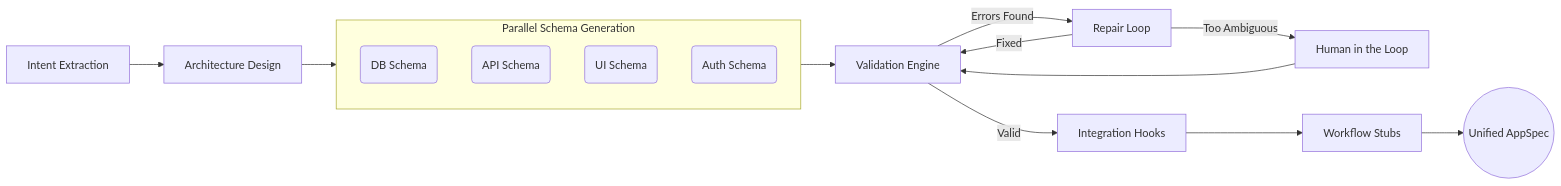
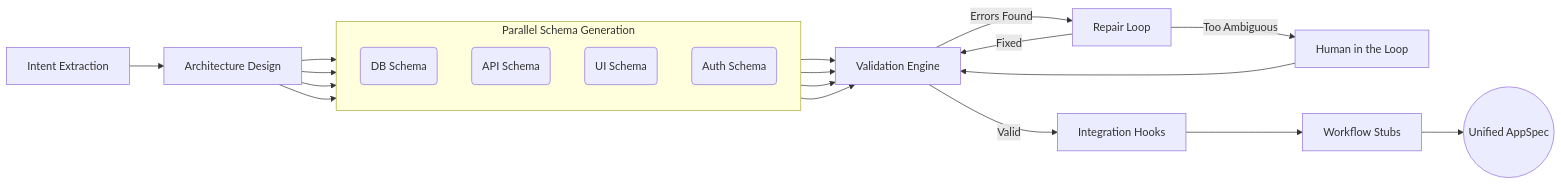
The diagram in README.md (Lokesh-916/oneatlas), drawn with Mermaid before and after one commit.

Commit message:
Fix Mermaid flowchart to display true parallel layout

````diff
--- a/README.md
+++ b/README.md
@@ -24,23 +24,30 @@
 ```mermaid
 flowchart LR
     A[Intent Extraction] --> B[Architecture Design]
-    B --> C[Schema Generation]
-    
-    subgraph C [Parallel Schema Generation]
+    subgraph Parallel Schema Generation
+        direction TB
         D(DB Schema)
         E(API Schema)
         F(UI Schema)
         G(Auth Schema)
     end
     
-    C --> H[Validation Engine]
+    B --> D
+    B --> E
+    B --> F
+    B --> G
+    
+    D --> H[Validation Engine]
+    E --> H
+    F --> H
+    G --> H
     
     H -- "Errors Found" --> I[Repair Loop]
     I -- "Fixed" --> H
     I -- "Too Ambiguous" --> J[Human in the Loop]
     J --> H
     
     H -- "Valid" --> K[Integration Hooks]
     K --> L[Workflow Stubs]
     L --> M((Unified AppSpec))
 ```
````
